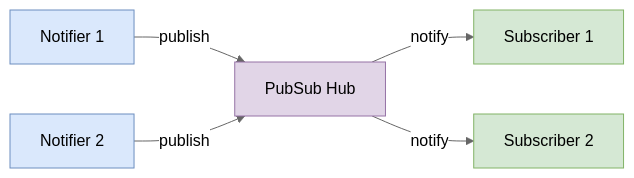
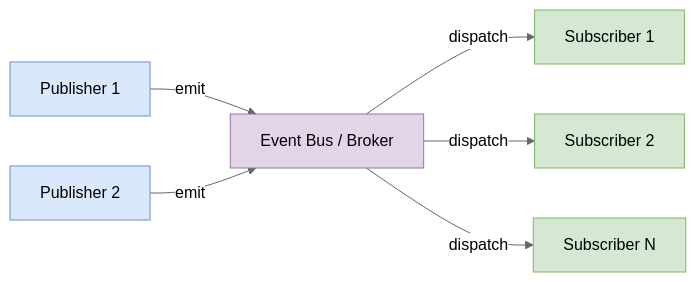
Before and after one commit to sujeet-pro/legacy-personal-site: the first of 2 diagrams in v4/content/articles/programming-patterns/javascript-patterns/publish-subscribe-pattern/README.md, drawn with Mermaid (neutral theme). The commit also changed other lines of this file and 115 other files, not shown here.

````diff
--- a/v4/content/articles/programming-patterns/javascript-patterns/publish-subscribe-pattern/README.md
+++ b/v4/content/articles/programming-patterns/javascript-patterns/publish-subscribe-pattern/README.md
@@ -7,13 +7,15 @@
 ```mermaid
 flowchart LR
-    N1[Notifier 1] -->|publish| PS[PubSub Hub]
-    N2[Notifier 2] -->|publish| PS
-    PS -->|notify| S1[Subscriber 1]
-    PS -->|notify| S2[Subscriber 2]
+    N1[Publisher 1] -->|emit| PS[Event Bus / Broker]
+    N2[Publisher 2] -->|emit| PS
+    PS -->|dispatch| S1[Subscriber 1]
+    PS -->|dispatch| S2[Subscriber 2]
+    PS -->|dispatch| S3[Subscriber N]
 
     style N1 fill:#dae8fc,stroke:#6c8ebf
     style N2 fill:#dae8fc,stroke:#6c8ebf
     style PS fill:#e1d5e7,stroke:#9673a6
     style S1 fill:#d5e8d4,stroke:#82b366
     style S2 fill:#d5e8d4,stroke:#82b366
+    style S3 fill:#d5e8d4,stroke:#82b366
 ```
````
